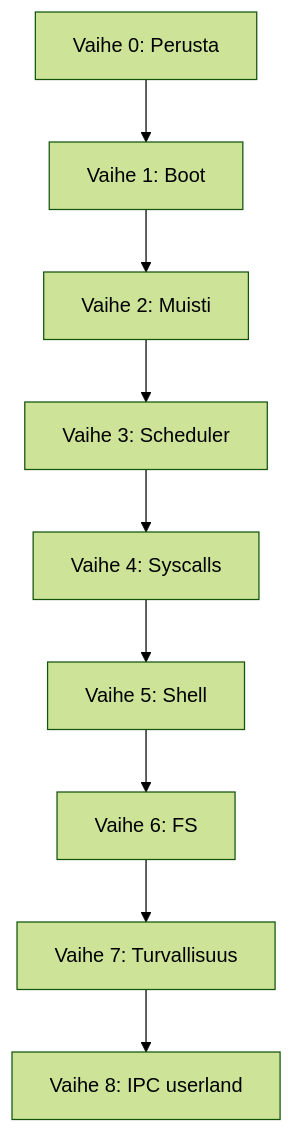
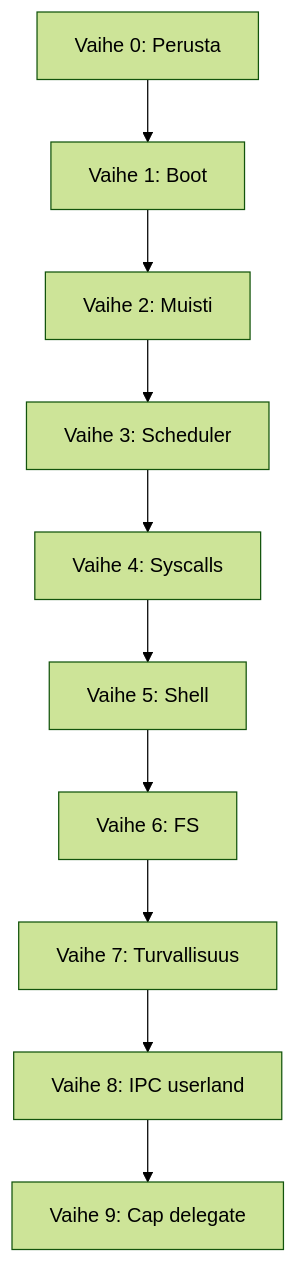
One commit to Mikko-Huuskonen-Pro/Zinux changed the diagram in docs/ROADMAP.md. Above: the diagram before and after it, drawn with Mermaid (forest theme). The commit also changed other lines of this file and 19 other files, not shown here.

First line of the commit message:
Phase 9: userland capability delegation via sys_cap_delegate

````diff
--- a/docs/ROADMAP.md
+++ b/docs/ROADMAP.md
@@ -163,11 +180,12 @@
 ```mermaid
 graph TD
     V0[Vaihe 0: Perusta] --> V1[Vaihe 1: Boot]
     V1 --> V2[Vaihe 2: Muisti]
     V2 --> V3[Vaihe 3: Scheduler]
     V3 --> V4[Vaihe 4: Syscalls]
     V4 --> V5[Vaihe 5: Shell]
     V5 --> V6[Vaihe 6: FS]
     V6 --> V7[Vaihe 7: Turvallisuus]
     V7 --> V8[Vaihe 8: IPC userland]
+    V8 --> V9[Vaihe 9: Cap delegate]
 ```
````
